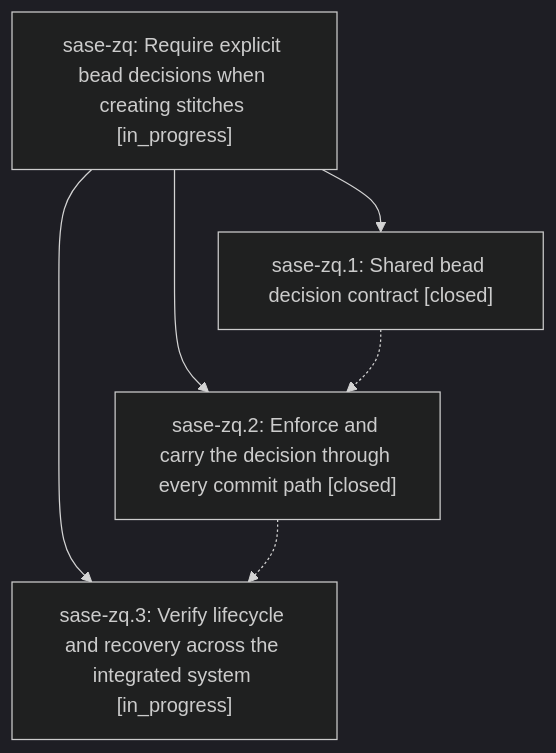
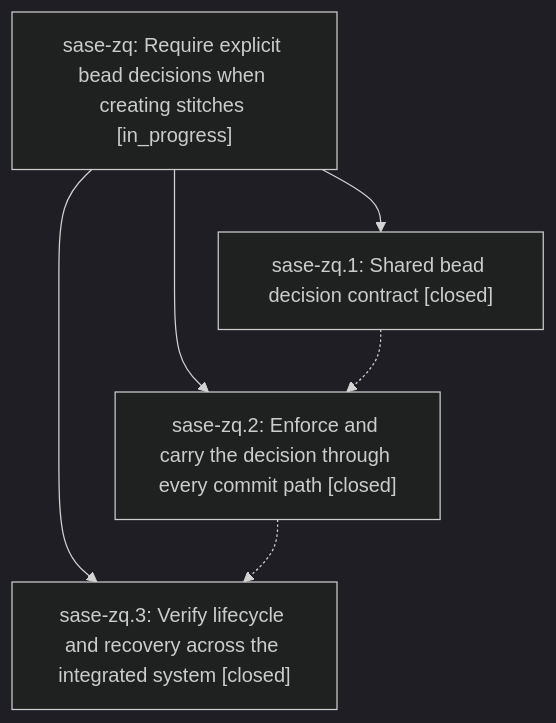
Before and after one commit to sase-org/sase--beads: the diagram in pages/sase-zq/README.md, drawn with Mermaid (dark theme). The commit also changed other lines of this file and 2 other files, not shown here.

First line of the commit message:
chore(beads): sync bead state and pages for sase-zq

````diff
--- a/pages/sase-zq/README.md
+++ b/pages/sase-zq/README.md
@@ -28,12 +28,12 @@
 ```mermaid
 flowchart TD
     n0["sase-zq: Require explicit bead decisions when creating stitches [in_progress]"]
     n1["sase-zq.1: Shared bead decision contract [closed]"]
     n2["sase-zq.2: Enforce and carry the decision through every commit path [closed]"]
-    n3["sase-zq.3: Verify lifecycle and recovery across the integrated system [in_progress]"]
+    n3["sase-zq.3: Verify lifecycle and recovery across the integrated system [closed]"]
     n0 --> n1
     n0 --> n2
     n0 --> n3
     n1 -.-> n2
     n2 -.-> n3
 ```
````
